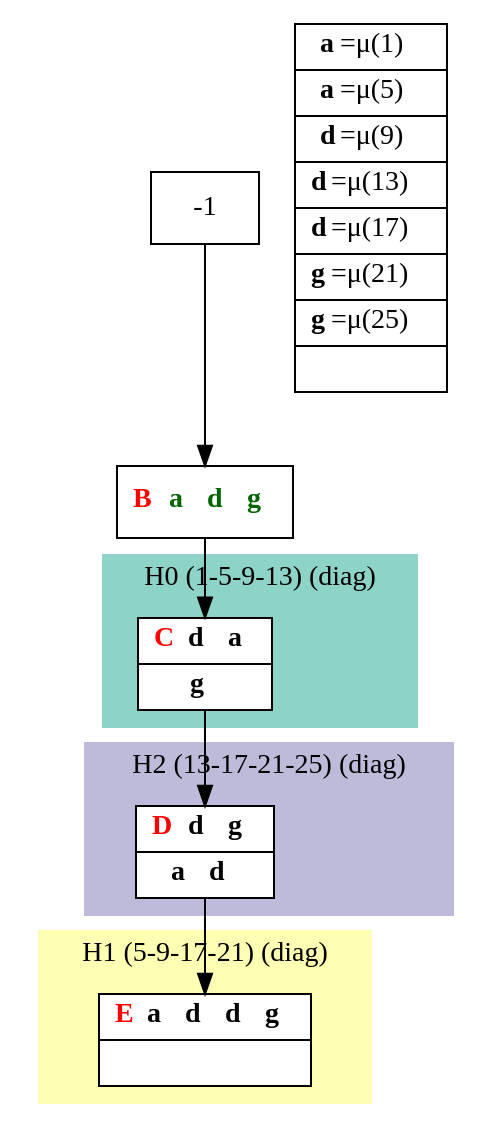
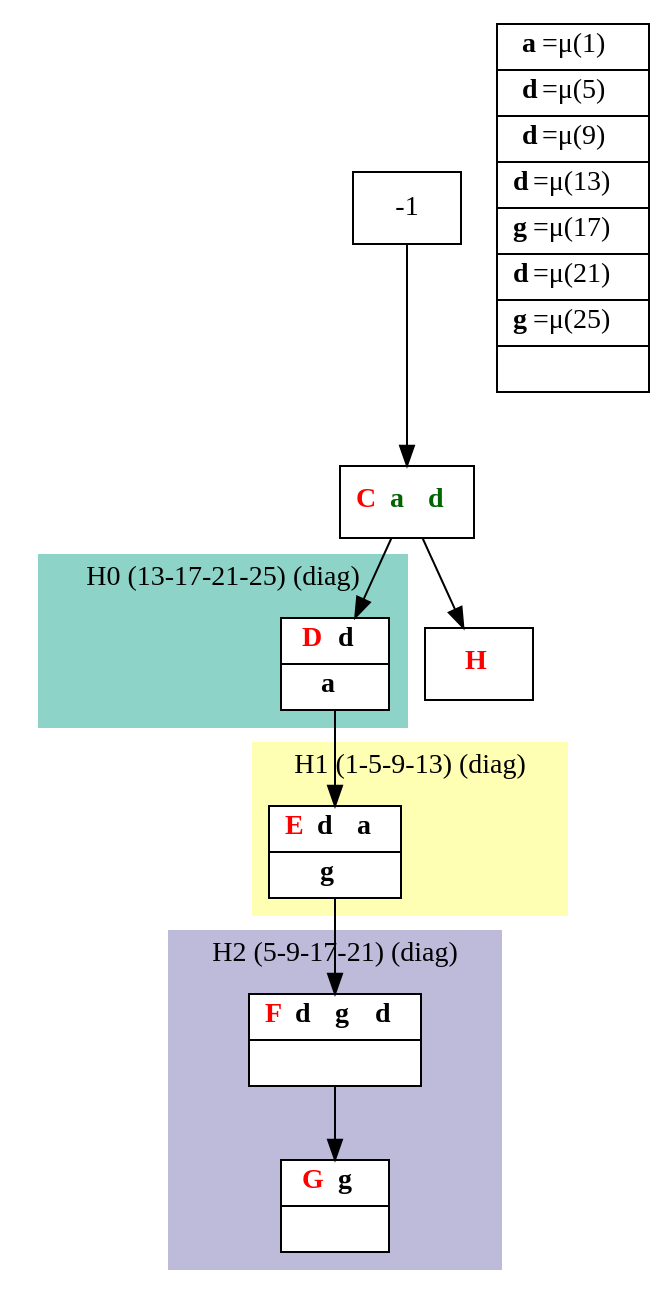
One commit to bmarchand/auto-dp changed the diagram in results/compact_dot_files/compact_K_letters.dot. Above: the diagram before and after it, drawn with Graphviz. The commit also changed 89 other files, not shown here.

```diff
--- a/results/compact_dot_files/compact_K_letters.dot
+++ b/results/compact_dot_files/compact_K_letters.dot
@@ -1,36 +1,39 @@
 digraph G {
     node [shape=box];
     subgraph cluster0 {
         node [style=filled,fillcolor=white];
         labeljust="l";
         style=filled;
         color="#8DD3C7";
         H0_0;
-        label="H0 (1-5-9-13) (diag)";
+        label="H0 (13-17-21-25) (diag)";
     }
     subgraph cluster1 {
         node [style=filled,fillcolor=white];
         labeljust="l";
         style=filled;
         color="#FFFFB3";
         H1_0;
-        label="H1 (5-9-17-21) (diag)";
+        label="H1 (1-5-9-13) (diag)";
     }
     subgraph cluster2 {
         node [style=filled,fillcolor=white];
         labeljust="l";
         style=filled;
         color="#BEBADA";
-        H2_0;
-        label="H2 (13-17-21-25) (diag)";
+        H2_0 -> H2_5;
+        label="H2 (5-9-17-21) (diag)";
     }
-     1 [shape=record,label= <{  <FONT COLOR="RED"><b>B</b></FONT> <b><FONT COLOR="DARKGREEN">a </FONT></b> <b><FONT COLOR="DARKGREEN">d </FONT></b> <b><FONT COLOR="DARKGREEN">g </FONT></b>}> ];
+     1 [shape=record,label= <{  <FONT COLOR="RED"><b>C</b></FONT> <b><FONT COLOR="DARKGREEN">a </FONT></b> <b><FONT COLOR="DARKGREEN">d </FONT></b>}> ];
      -1  ->  1;
-     H0_0 [shape=record,label= <{  <FONT COLOR="RED"><b>C</b></FONT> <b>d </b> <b>a </b>|  <b>g </b>}> ];
+     H0_0 [shape=record,label= <{  <FONT COLOR="RED"><b>D</b></FONT> <b>d </b>|  <b>a </b>}> ];
      1  ->  H0_0;
-     H2_0 [shape=record,label= <{  <FONT COLOR="RED"><b>D</b></FONT> <b>d </b> <b>g </b>|  <b>a </b> <b>d </b>}> ];
-     H0_0  ->  H2_0;
-     H1_0 [shape=record,label= <{  <FONT COLOR="RED"><b>E</b></FONT> <b>a </b> <b>d </b> <b>d </b> <b>g </b>| }> ];
-     H2_0  ->  H1_0;
-    labels [shape=record,label= <{<b>a</b>=&#956;(1) | <b>a</b>=&#956;(5) | <b>d</b>=&#956;(9) | <b>d</b>=&#956;(13) | <b>d</b>=&#956;(17) | <b>g</b>=&#956;(21) | <b>g</b>=&#956;(25) | }> ];
+     H1_0 [shape=record,label= <{  <FONT COLOR="RED"><b>E</b></FONT> <b>d </b> <b>a </b>|  <b>g </b>}> ];
+     H0_0  ->  H1_0;
+     H2_0 [shape=record,label= <{  <FONT COLOR="RED"><b>F</b></FONT> <b>d </b> <b>g </b> <b>d </b>| }> ];
+     H1_0  ->  H2_0;
+     H2_5 [shape=record,label= <{  <FONT COLOR="RED"><b>G</b></FONT> <b>g </b>| }> ];
+     _1 [shape=record,label= <{  <FONT COLOR="RED"><b>H</b></FONT>}> ];
+     1  ->  _1;
+    labels [shape=record,label= <{<b>a</b>=&#956;(1) | <b>d</b>=&#956;(5) | <b>d</b>=&#956;(9) | <b>d</b>=&#956;(13) | <b>g</b>=&#956;(17) | <b>d</b>=&#956;(21) | <b>g</b>=&#956;(25) | }> ];
 }
```
